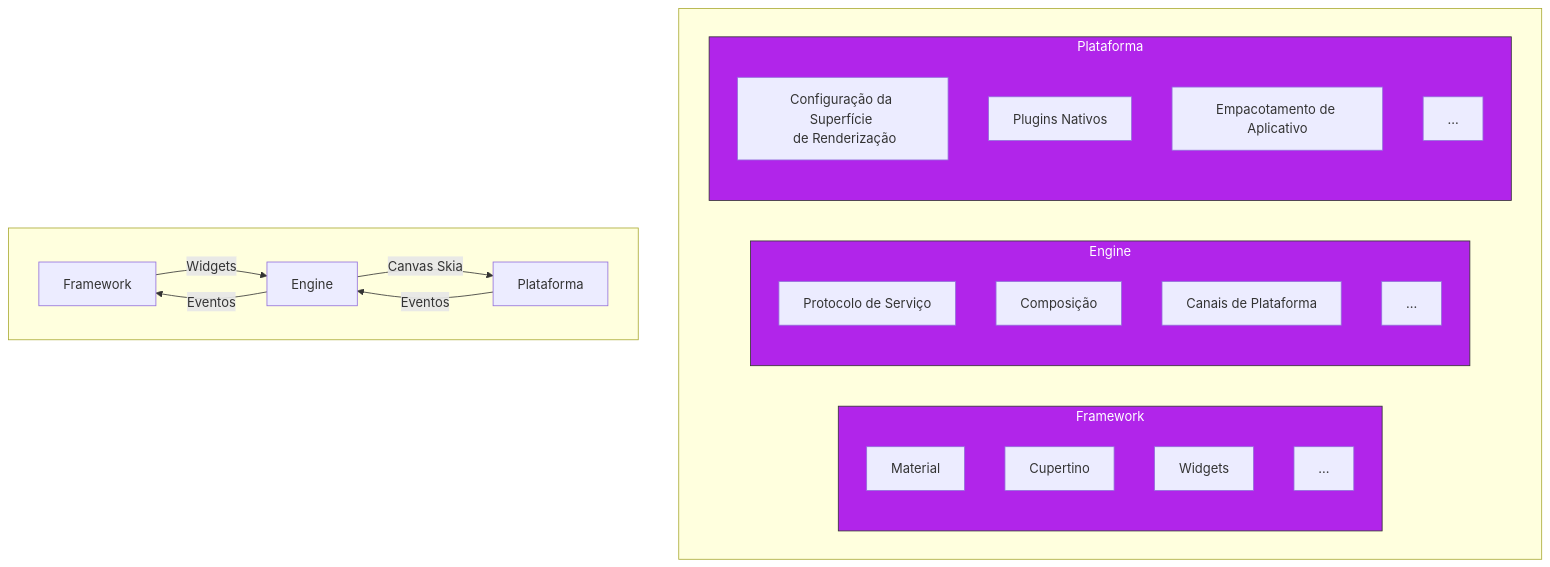
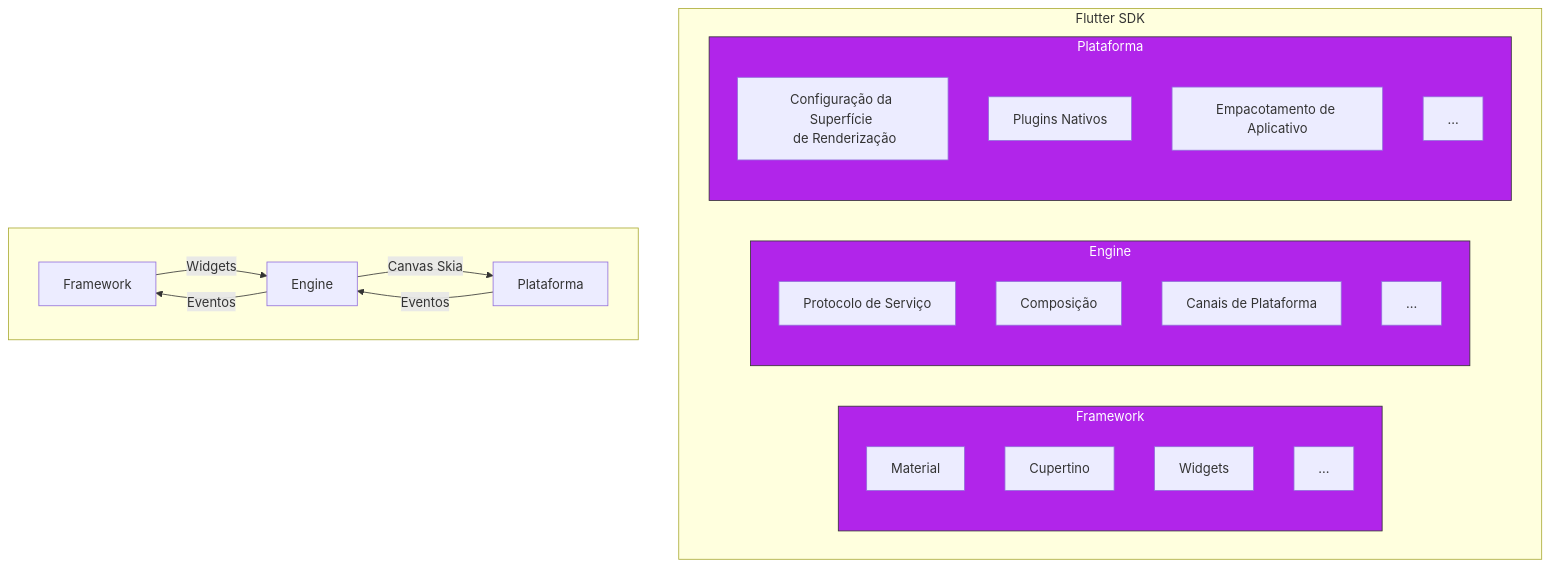
One commit to rsicarelli/KMP-101 changed the seventh of 12 diagrams in posts/KMP101-parte1.md. Above: the diagram before and after it, drawn with Mermaid. The commit also changed other lines of this file, not shown here.

Commit message:
remove unused graph

````diff
--- a/posts/KMP101-parte1.md
+++ b/posts/KMP101-parte1.md
@@ -280,37 +275,37 @@
 ```mermaid
 graph TD
-    subgraph " "
+    subgraph " Flutter SDK"
         subgraph area1[Framework]
             Material[Material]
             Cupertino[Cupertino]
             Widgets[Widgets]
             Rendering[...]
         end
 
         subgraph area2[Engine]
             ServiceProtocol[Protocolo de Serviço]
             Composition[Composição]
             PlatformChannels[Canais de Plataforma]
             DartIsolateSetup[...]
         end
 
         subgraph area3[Plataforma]
             RenderSurfaceSetup[Configuração da Superfície <br> de Renderização]
             NativePlugins[Plugins Nativos]
             AppPackaging[Empacotamento de Aplicativo]
             EventLoopInterop[...]
         end
     end
 
     classDef area fill: #B125EA, color: #fff, stroke: #333, stroke-width: 1px
     classDef defaultStyle stroke: #333, stroke-width: 1px;
     class area1,area2,area3 area
     class Bridge,ReactComp,ReactLib,NatModImpl,UIMod,NatPlat,Yoga defaultStyle;
     subgraph " "
         A[Framework] -->|Widgets| B[Engine]
         B -->|Canvas Skia| C[Plataforma]
         C -->|Eventos| B
         B -->|Eventos| A
     end
 %% Conexões entre os subgráficos aqui, se necessário
 ```
````
